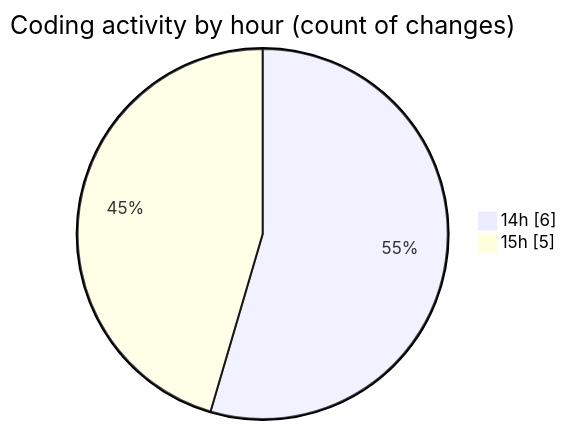
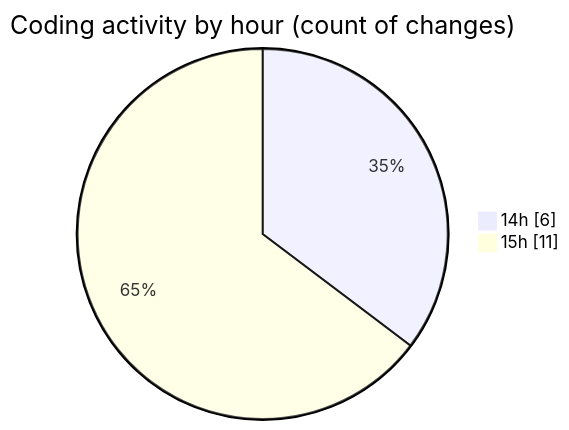
Before and after one commit to debugP/code-tracking: the second of 2 diagrams in 2026-07-31/untitled__workspace_/README.md, drawn with Mermaid. The commit also changed other lines of this file and 1 other file, not shown here.

````diff
--- a/2026-07-31/untitled__workspace_/README.md
+++ b/2026-07-31/untitled__workspace_/README.md
@@ -33,6 +33,6 @@
 ```mermaid
 pie showData
 title Coding activity by hour (count of changes)
 "14h" : 6
-"15h" : 5
+"15h" : 11
 ```
````
